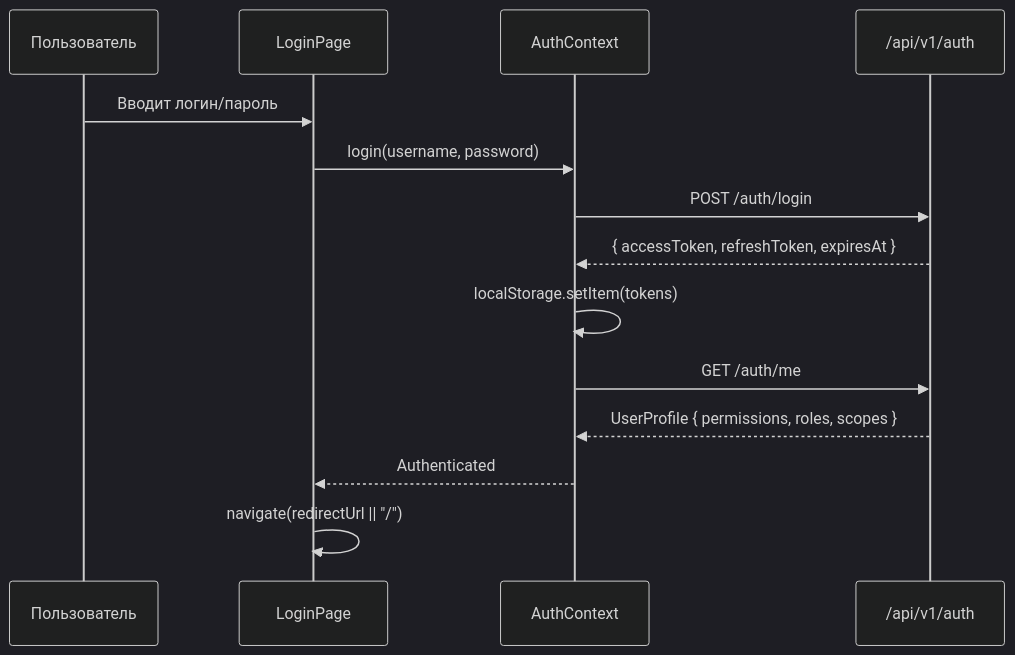
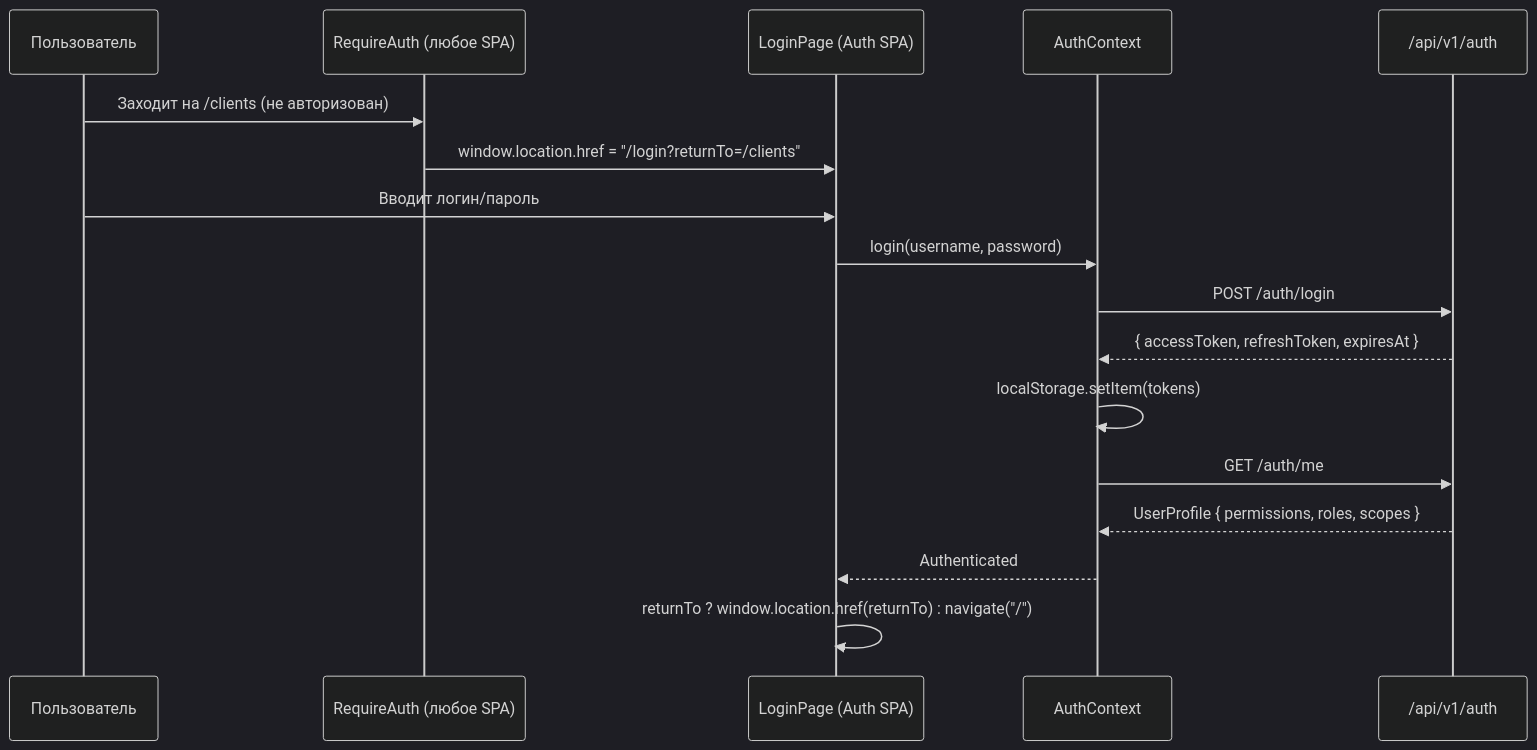
One commit to bebeleeloo/backoffice changed the diagram in docs/architecture/04-frontend.md. Above: the diagram before and after it, drawn with Mermaid (dark theme). The commit also changed other lines of this file and 402 other files, not shown here.

````diff
--- a/docs/architecture/04-frontend.md
+++ b/docs/architecture/04-frontend.md
@@ -52,17 +132,20 @@
 ```mermaid
 sequenceDiagram
     participant U as Пользователь
-    participant LP as LoginPage
+    participant RA as RequireAuth (любое SPA)
+    participant LP as LoginPage (Auth SPA)
     participant AC as AuthContext
     participant API as /api/v1/auth
 
+    U->>RA: Заходит на /clients (не авторизован)
+    RA->>LP: window.location.href = "/login?returnTo=/clients"
     U->>LP: Вводит логин/пароль
     LP->>AC: login(username, password)
     AC->>API: POST /auth/login
     API-->>AC: { accessToken, refreshToken, expiresAt }
     AC->>AC: localStorage.setItem(tokens)
     AC->>API: GET /auth/me
     API-->>AC: UserProfile { permissions, roles, scopes }
     AC-->>LP: Authenticated
-    LP->>LP: navigate(redirectUrl || "/")
+    LP->>LP: returnTo ? window.location.href(returnTo) : navigate("/")
 ```
````
